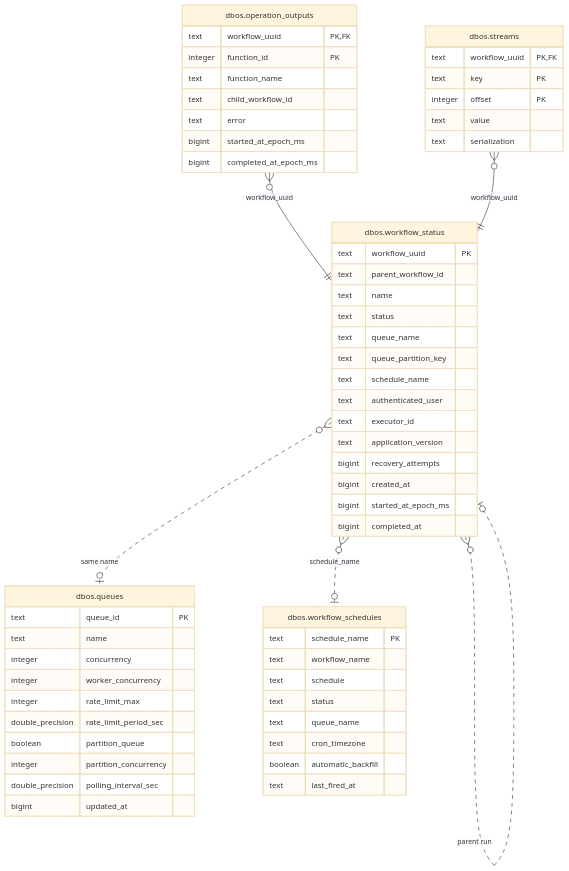
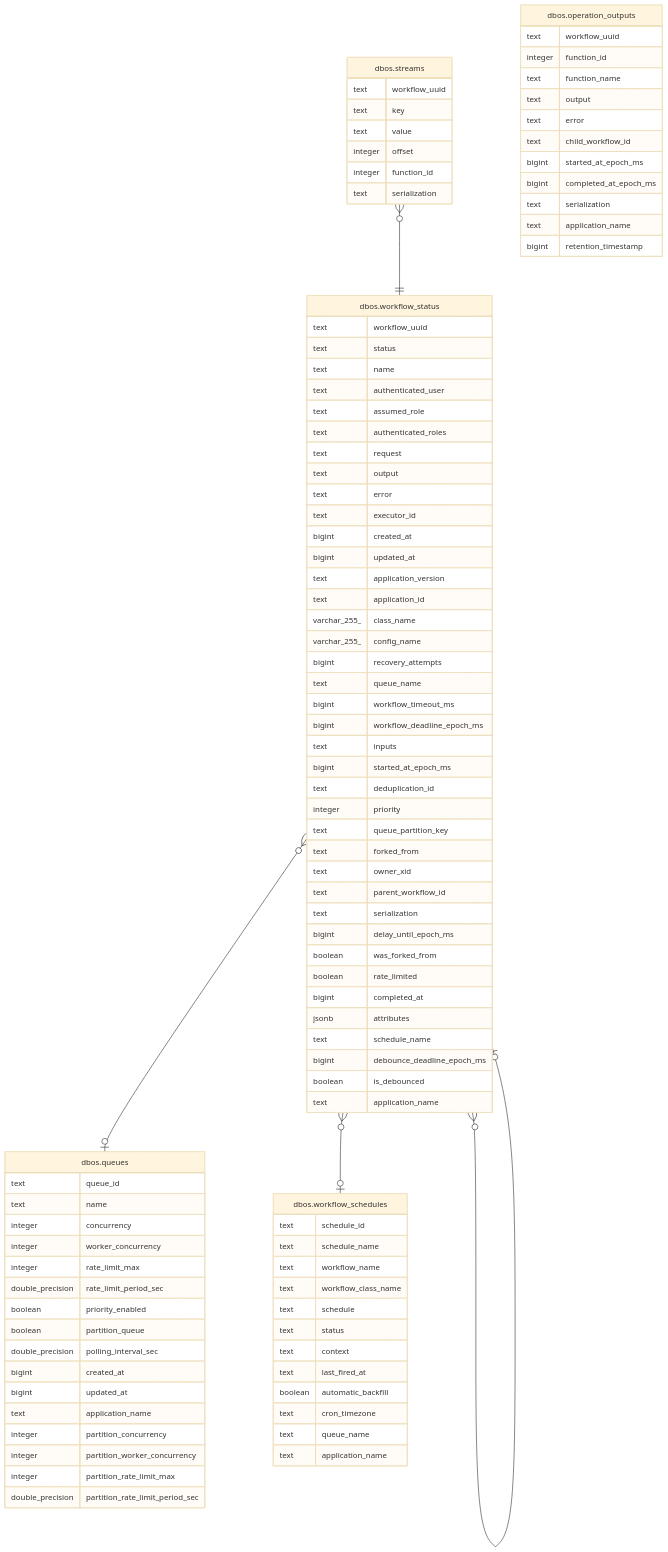
One commit to prefeitura-rio/data-proxy changed the fourth of 4 diagrams in docs/model.md. Above: the diagram before and after it, drawn with Mermaid (base theme). The commit also changed other lines of this file and 67 other files, not shown here.

Commit message:
docs: generate the data model diagrams and tidy the wiki

````diff
--- a/docs/model.md
+++ b/docs/model.md
@@ -385,63 +480,103 @@
 ```mermaid
 %% DBOS workflow tables
 erDiagram
-  dbos_workflow_status["dbos.workflow_status"] {
-    text workflow_uuid PK
-    text parent_workflow_id
-    text name
-    text status
-    text queue_name
-    text queue_partition_key
-    text schedule_name
-    text authenticated_user
-    text executor_id
-    text application_version
-    bigint recovery_attempts
-    bigint created_at
-    bigint started_at_epoch_ms
-    bigint completed_at
-  }
-  dbos_operation_outputs["dbos.operation_outputs"] {
-    text workflow_uuid PK, FK
-    integer function_id PK
-    text function_name
-    text child_workflow_id
-    text error
-    bigint started_at_epoch_ms
-    bigint completed_at_epoch_ms
-  }
-  dbos_streams["dbos.streams"] {
-    text workflow_uuid PK, FK
-    text key PK
-    integer offset PK
-    text value
-    text serialization
-  }
-  dbos_queues["dbos.queues"] {
-    text queue_id PK
-    text name
-    integer concurrency
-    integer worker_concurrency
-    integer rate_limit_max
-    double_precision rate_limit_period_sec
-    boolean partition_queue
-    integer partition_concurrency
-    double_precision polling_interval_sec
-    bigint updated_at
-  }
-  dbos_workflow_schedules["dbos.workflow_schedules"] {
-    text schedule_name PK
-    text workflow_name
-    text schedule
-    text status
-    text queue_name
-    text cron_timezone
-    boolean automatic_backfill
-    text last_fired_at
-  }
-  dbos_workflow_status }o..o| dbos_workflow_status : "parent run"
-  dbos_operation_outputs }o--|| dbos_workflow_status : "workflow_uuid"
-  dbos_streams }o--|| dbos_workflow_status : "workflow_uuid"
-  dbos_workflow_status }o..o| dbos_queues : "same name"
-  dbos_workflow_status }o..o| dbos_workflow_schedules : "schedule_name"
+
+"dbos.streams" }o--|| "dbos.workflow_status" : ""
+"dbos.workflow_status" }o--o| "dbos.workflow_status" : ""
+"dbos.workflow_status" }o--o| "dbos.queues" : ""
+"dbos.workflow_status" }o--o| "dbos.workflow_schedules" : ""
+
+"dbos.workflow_status" {
+  text workflow_uuid
+  text status
+  text name
+  text authenticated_user
+  text assumed_role
+  text authenticated_roles
+  text request
+  text output
+  text error
+  text executor_id
+  bigint created_at
+  bigint updated_at
+  text application_version
+  text application_id
+  varchar_255_ class_name
+  varchar_255_ config_name
+  bigint recovery_attempts
+  text queue_name
+  bigint workflow_timeout_ms
+  bigint workflow_deadline_epoch_ms
+  text inputs
+  bigint started_at_epoch_ms
+  text deduplication_id
+  integer priority
+  text queue_partition_key
+  text forked_from
+  text owner_xid
+  text parent_workflow_id
+  text serialization
+  bigint delay_until_epoch_ms
+  boolean was_forked_from
+  boolean rate_limited
+  bigint completed_at
+  jsonb attributes
+  text schedule_name
+  bigint debounce_deadline_epoch_ms
+  boolean is_debounced
+  text application_name
+}
+"dbos.operation_outputs" {
+  text workflow_uuid
+  integer function_id
+  text function_name
+  text output
+  text error
+  text child_workflow_id
+  bigint started_at_epoch_ms
+  bigint completed_at_epoch_ms
+  text serialization
+  text application_name
+  bigint retention_timestamp
+}
+"dbos.streams" {
+  text workflow_uuid
+  text key
+  text value
+  integer offset
+  integer function_id
+  text serialization
+}
+"dbos.workflow_schedules" {
+  text schedule_id
+  text schedule_name
+  text workflow_name
+  text workflow_class_name
+  text schedule
+  text status
+  text context
+  text last_fired_at
+  boolean automatic_backfill
+  text cron_timezone
+  text queue_name
+  text application_name
+}
+"dbos.queues" {
+  text queue_id
+  text name
+  integer concurrency
+  integer worker_concurrency
+  integer rate_limit_max
+  double_precision rate_limit_period_sec
+  boolean priority_enabled
+  boolean partition_queue
+  double_precision polling_interval_sec
+  bigint created_at
+  bigint updated_at
+  text application_name
+  integer partition_concurrency
+  integer partition_worker_concurrency
+  integer partition_rate_limit_max
+  double_precision partition_rate_limit_period_sec
+}
 ```
````
